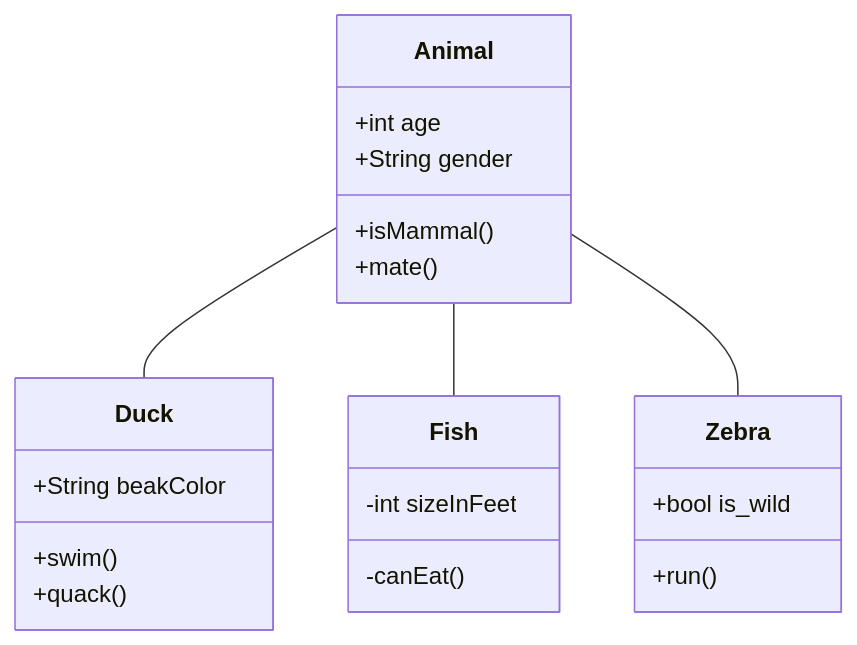
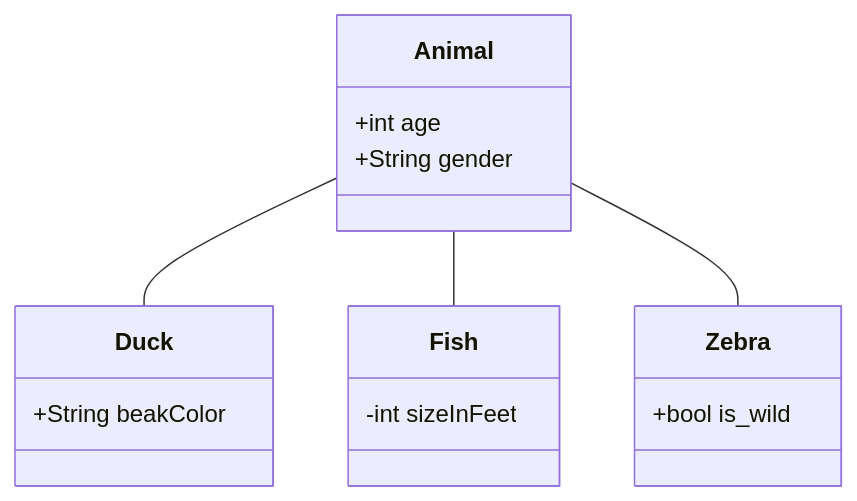
The diagram in README.md (venabulum/venabulum), drawn with Mermaid before and after one commit.

````diff
--- a/README.md
+++ b/README.md
@@ -5,23 +5,17 @@
 ```mermaid
 classDiagram
       Animal -- Duck
       Animal -- Fish
       Animal -- Zebra
       Animal : +int age
       Animal : +String gender
-      Animal: +isMammal()
-      Animal: +mate()
       class Duck{
           +String beakColor
-          +swim()
-          +quack()
       }
       class Fish{
           -int sizeInFeet
-          -canEat()
       }
       class Zebra{
           +bool is_wild
-          +run()
       }
 ```
````
